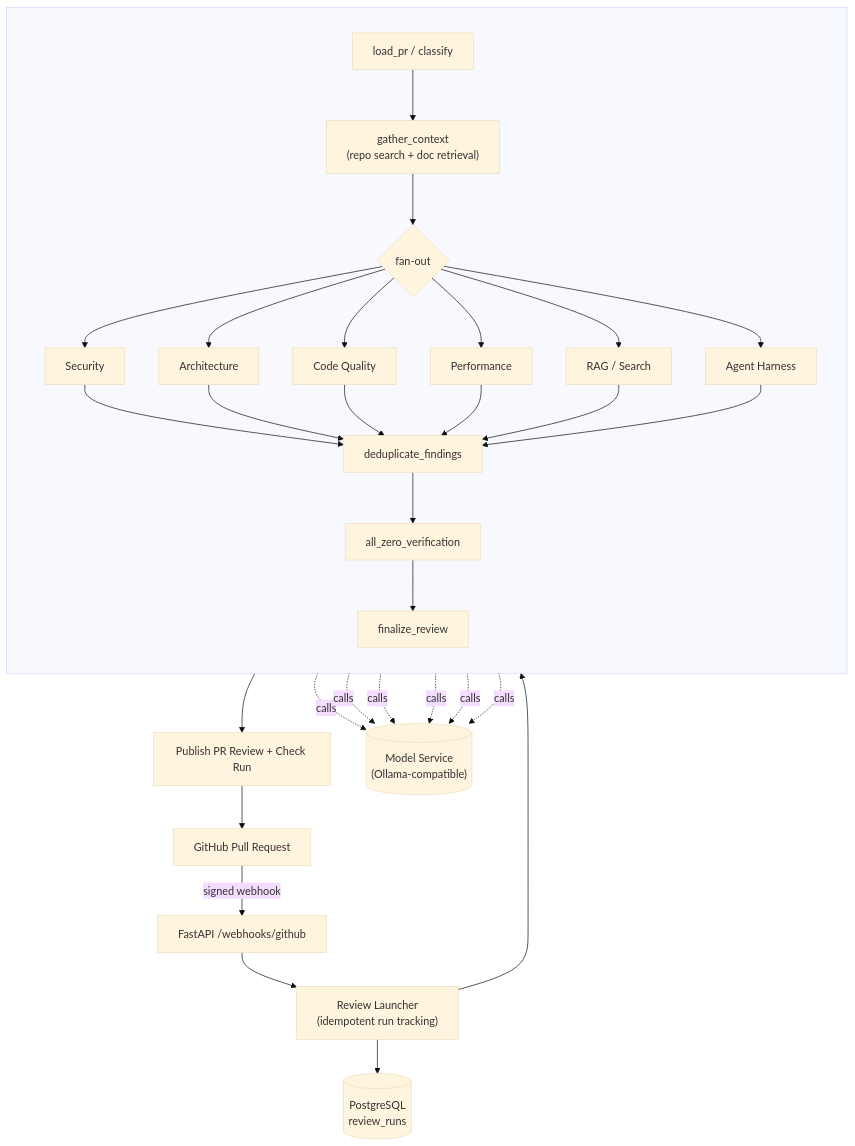
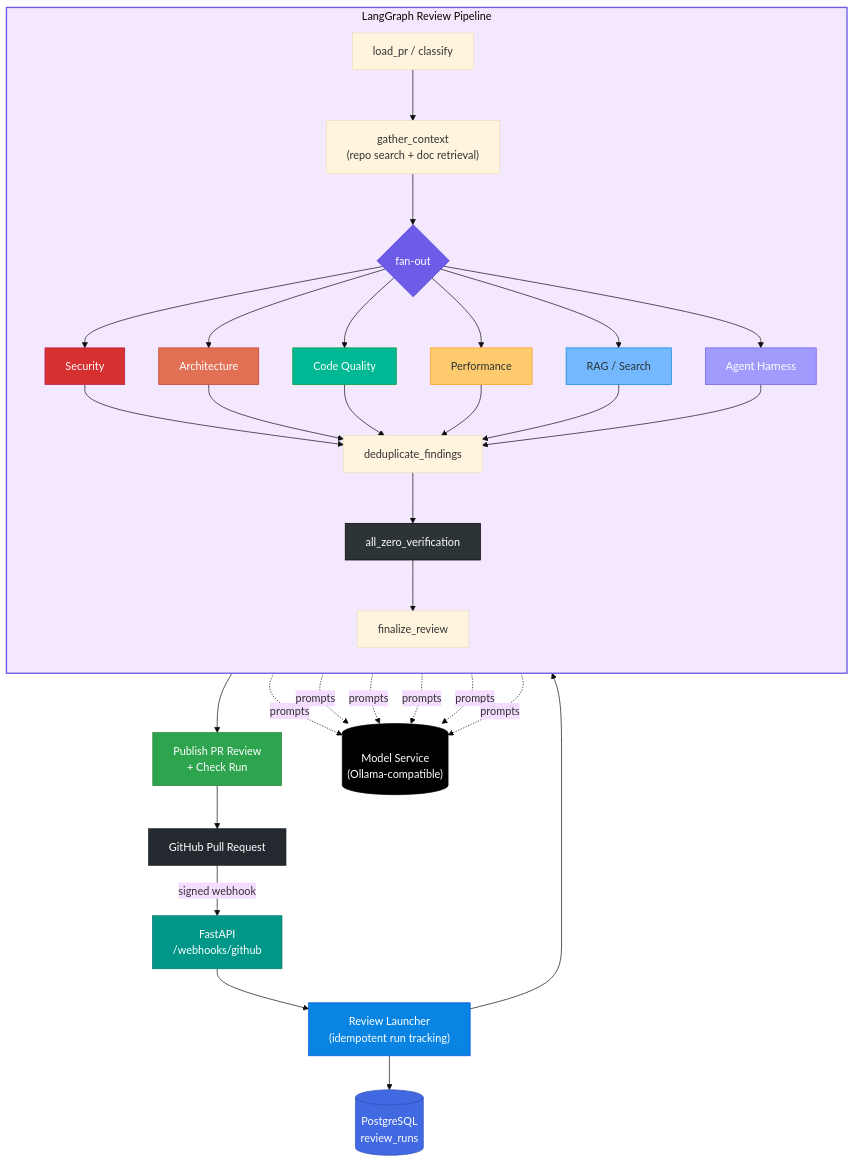
The second of 2 diagrams in README.md (SHULMIT/ai-code-review-agent), drawn with Mermaid (base theme) before and after one commit. The commit also changed other lines of this file and 1 other file, not shown here.

First line of the commit message:
docs: redesign README with demo GIF and diagrams

````diff
--- a/README.md
+++ b/README.md
@@ -22,26 +110,42 @@
 ```mermaid
 flowchart TD
-    GH["GitHub Pull Request"] -- signed webhook --> API["FastAPI /webhooks/github"]
-    API --> Launcher["Review Launcher\n(idempotent run tracking)"]
-    Launcher --> Graph["LangGraph Review Pipeline"]
+    GH["GitHub Pull Request"] -- signed webhook --> API["FastAPI<br/>/webhooks/github"]
+    API --> Launcher["Review Launcher<br/>(idempotent run tracking)"]
+    Launcher --> Load
 
-    subgraph Graph[" "]
+    subgraph Graph["LangGraph Review Pipeline"]
         direction TB
-        Load["load_pr / classify"] --> Gather["gather_context\n(repo search + doc retrieval)"]
+        Load["load_pr / classify"] --> Gather["gather_context<br/>(repo search + doc retrieval)"]
         Gather --> Fan{"fan-out"}
         Fan --> R1["Security"]
         Fan --> R2["Architecture"]
         Fan --> R3["Code Quality"]
         Fan --> R4["Performance"]
         Fan --> R5["RAG / Search"]
         Fan --> R6["Agent Harness"]
         R1 & R2 & R3 & R4 & R5 & R6 --> Dedup["deduplicate_findings"]
         Dedup --> Verify["all_zero_verification"]
         Verify --> Finalize["finalize_review"]
     end
 
-    Finalize --> Publish["Publish PR Review + Check Run"]
+    Finalize --> Publish["Publish PR Review<br/>+ Check Run"]
     Publish --> GH
-    Launcher --> DB[("PostgreSQL\nreview_runs")]
-    R1 & R2 & R3 & R4 & R5 & R6 -. calls .-> Model[("Model Service\n(Ollama-compatible)")]
+    Launcher --> DB[("PostgreSQL<br/>review_runs")]
+    R1 & R2 & R3 & R4 & R5 & R6 -. prompts .-> Model[("Model Service<br/>(Ollama-compatible)")]
+
+    style GH fill:#24292F,stroke:#24292F,color:#fff
+    style API fill:#009688,stroke:#00796B,color:#fff
+    style Launcher fill:#0984E3,stroke:#0652DD,color:#fff
+    style Graph fill:#F3E8FD,stroke:#6C5CE7,stroke-width:2px
+    style Fan fill:#6C5CE7,stroke:#4834d4,color:#fff
+    style R1 fill:#D63031,stroke:#b71540,color:#fff
+    style R2 fill:#E17055,stroke:#c0392b,color:#fff
+    style R3 fill:#00B894,stroke:#009432,color:#fff
+    style R4 fill:#FDCB6E,stroke:#F79F1F,color:#2d3436
+    style R5 fill:#74B9FF,stroke:#0984E3,color:#2d3436
+    style R6 fill:#A29BFE,stroke:#6C5CE7,color:#fff
+    style Verify fill:#2D3436,stroke:#000,color:#fff
+    style Publish fill:#2EA44F,stroke:#22863A,color:#fff
+    style DB fill:#4169E1,stroke:#2F4FB5,color:#fff
+    style Model fill:#000,stroke:#000,color:#fff
 ```
````
